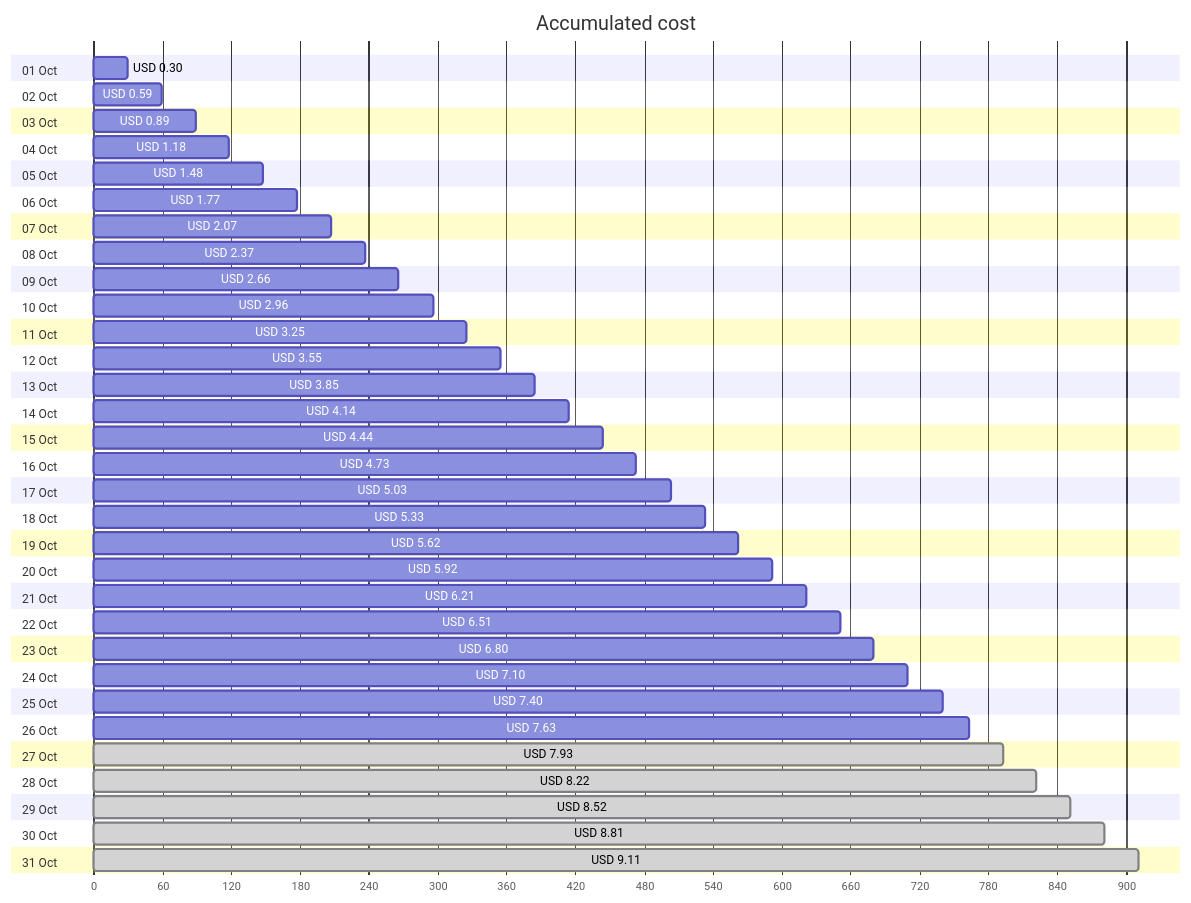
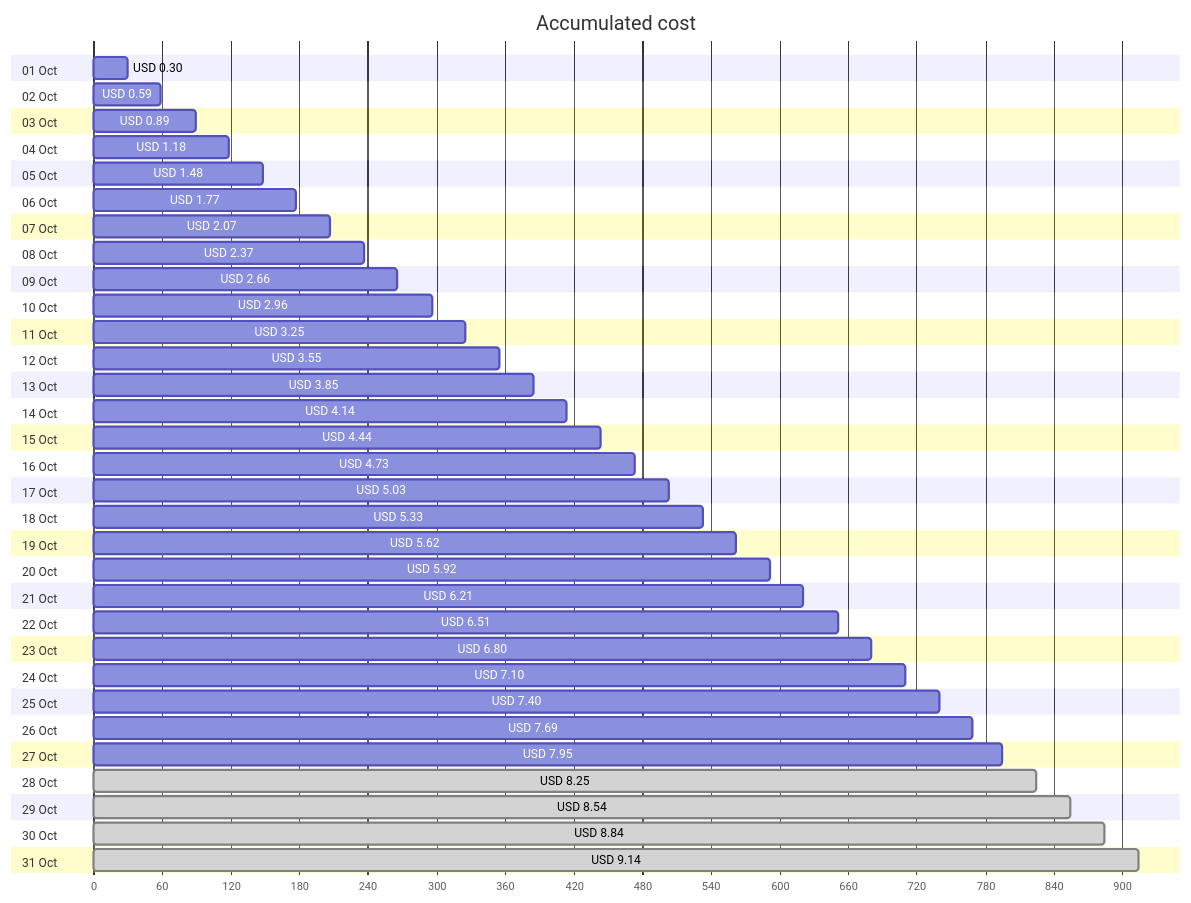
The first of 4 diagrams in cost-reports/personal-site/personal-site-preview.md (jpfulton/azure-personal-reports), drawn with Mermaid before and after one commit. The commit also changed other lines of this file and 7 other files, not shown here.

````diff
--- a/cost-reports/personal-site/personal-site-preview.md
+++ b/cost-reports/personal-site/personal-site-preview.md
@@ -20,68 +20,68 @@
 ```mermaid
 gantt
    title Accumulated cost
    dateFormat  X
    axisFormat %s
    section 01 Oct
    USD 0.30 :0, 30
    section 02 Oct
    USD 0.59 :0, 59
    section 03 Oct
    USD 0.89 :0, 89
    section 04 Oct
    USD 1.18 :0, 118
    section 05 Oct
    USD 1.48 :0, 148
    section 06 Oct
    USD 1.77 :0, 177
    section 07 Oct
    USD 2.07 :0, 207
    section 08 Oct
    USD 2.37 :0, 237
    section 09 Oct
    USD 2.66 :0, 266
    section 10 Oct
    USD 2.96 :0, 296
    section 11 Oct
    USD 3.25 :0, 325
    section 12 Oct
    USD 3.55 :0, 355
    section 13 Oct
    USD 3.85 :0, 385
    section 14 Oct
    USD 4.14 :0, 414
    section 15 Oct
    USD 4.44 :0, 444
    section 16 Oct
    USD 4.73 :0, 473
    section 17 Oct
    USD 5.03 :0, 503
    section 18 Oct
    USD 5.33 :0, 533
    section 19 Oct
    USD 5.62 :0, 562
    section 20 Oct
    USD 5.92 :0, 592
    section 21 Oct
    USD 6.21 :0, 621
    section 22 Oct
    USD 6.51 :0, 651
    section 23 Oct
    USD 6.80 :0, 680
    section 24 Oct
    USD 7.10 :0, 710
    section 25 Oct
    USD 7.40 :0, 740
    section 26 Oct
-   USD 7.63 :0, 763
+   USD 7.69 :0, 769
    section 27 Oct
-   USD 7.93 : done, 0, 793
+   USD 7.95 :0, 795
    section 28 Oct
-   USD 8.22 : done, 0, 822
+   USD 8.25 : done, 0, 825
    section 29 Oct
-   USD 8.52 : done, 0, 852
+   USD 8.54 : done, 0, 854
    section 30 Oct
-   USD 8.81 : done, 0, 881
+   USD 8.84 : done, 0, 884
    section 31 Oct
-   USD 9.11 : done, 0, 911
+   USD 9.14 : done, 0, 914
 ```
````
